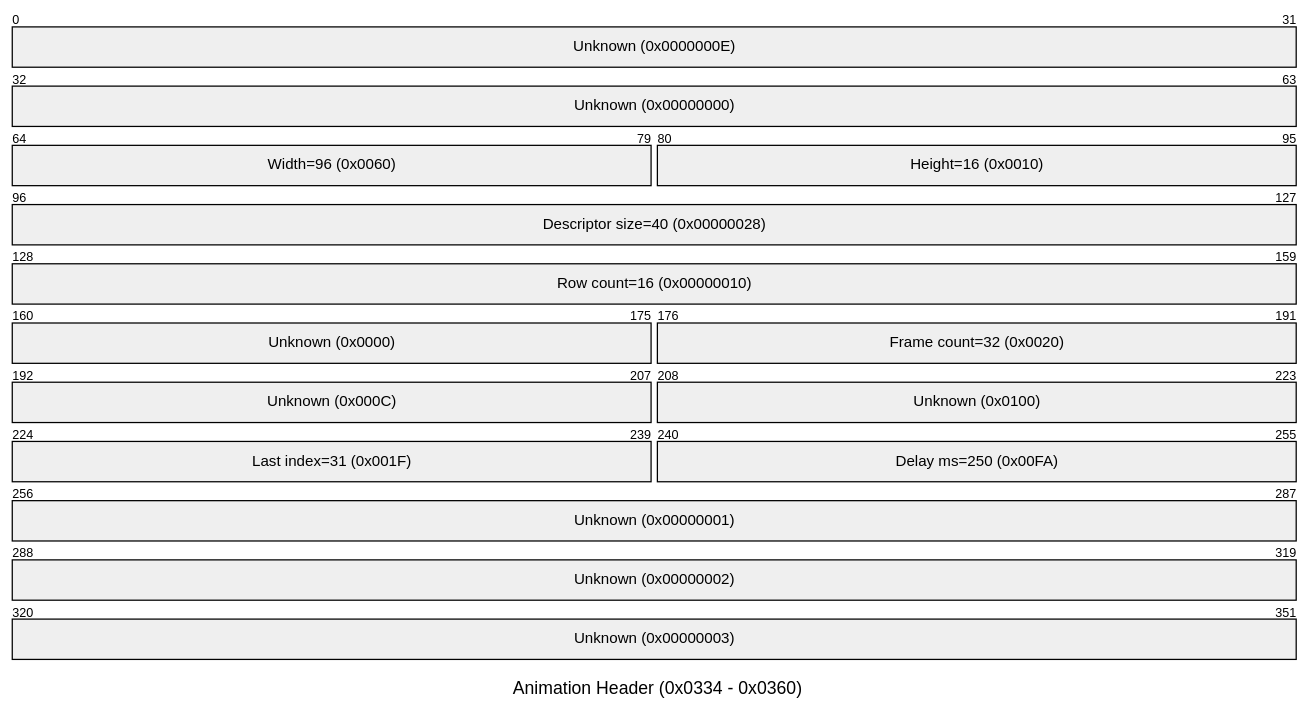
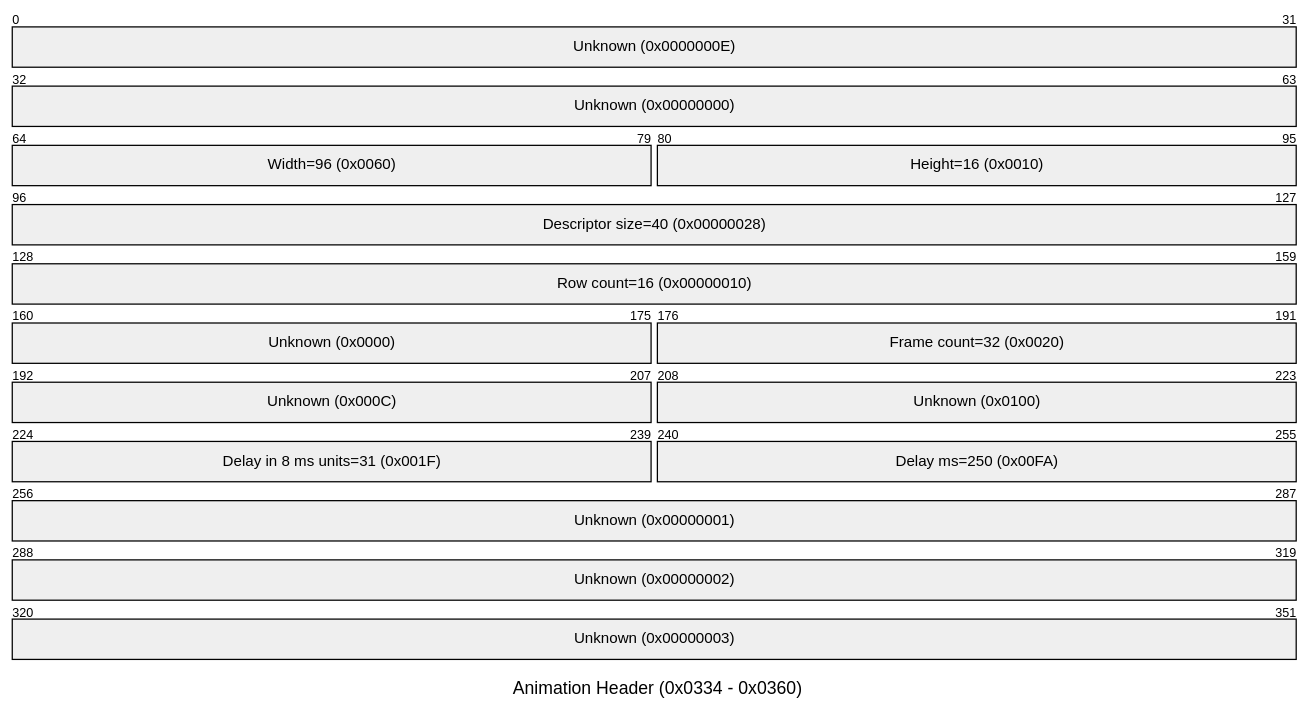
The fourth of 8 diagrams in reverse/USB_FXD_FORMAT.md (kakwa/fkled), drawn with Mermaid before and after one commit. The commit also changed other lines of this file and 3 other files, not shown here.

````diff
--- a/reverse/USB_FXD_FORMAT.md
+++ b/reverse/USB_FXD_FORMAT.md
@@ -161,19 +190,19 @@
 ```mermaid
 packet
 title Animation Header (0x0334 - 0x0360)
 0-31: "Unknown (0x0000000E)"
 32-63: "Unknown (0x00000000)"
 64-79: "Width=96 (0x0060)"
 80-95: "Height=16 (0x0010)"
 96-127: "Descriptor size=40 (0x00000028)"
 128-159: "Row count=16 (0x00000010)"
 160-175: "Unknown (0x0000)"
 176-191: "Frame count=32 (0x0020)"
 192-207: "Unknown (0x000C)"
 208-223: "Unknown (0x0100)"
-224-239: "Last index=31 (0x001F)"
+224-239: "Delay in 8 ms units=31 (0x001F)"
 240-255: "Delay ms=250 (0x00FA)"
 256-287: "Unknown (0x00000001)"
 288-319: "Unknown (0x00000002)"
 320-351: "Unknown (0x00000003)"
 ```
````
